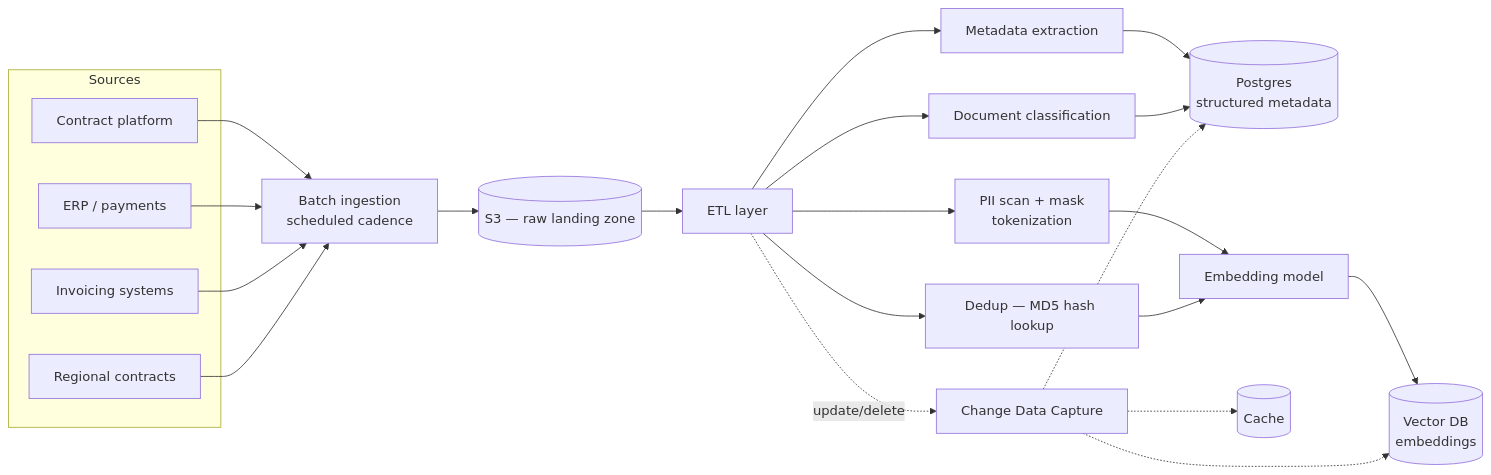
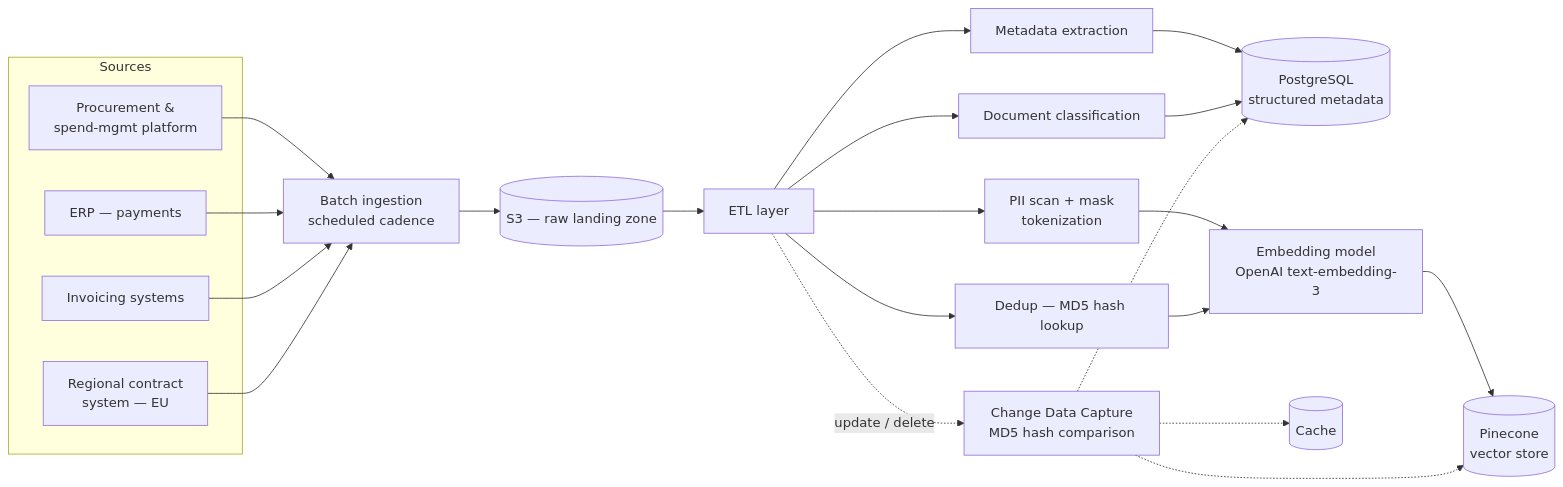
One commit to rajuslaw/rajuslaw changed the first of 2 diagrams in contract-intelligence.md. Above: the diagram before and after it, drawn with Mermaid. The commit also changed other lines of this file and 2 other files, not shown here.

````diff
--- a/contract-intelligence.md
+++ b/contract-intelligence.md
@@ -41,25 +68,25 @@
 ```mermaid
 flowchart LR
     subgraph Sources
-        A1[Contract platform]
-        A2[ERP / payments]
+        A1[Procurement &<br/>spend-mgmt platform]
+        A2[ERP — payments]
         A3[Invoicing systems]
-        A4[Regional contracts]
+        A4[Regional contract<br/>system — EU]
     end
     A1 & A2 & A3 & A4 --> B[Batch ingestion<br/>scheduled cadence]
     B --> C[(S3 — raw landing zone)]
     C --> D[ETL layer]
     D --> D1[Metadata extraction]
     D --> D2[PII scan + mask<br/>tokenization]
     D --> D3[Document classification]
     D --> D4[Dedup — MD5 hash lookup]
-    D1 --> E[(Postgres<br/>structured metadata)]
-    D2 --> F[Embedding model]
+    D1 --> E[(PostgreSQL<br/>structured metadata)]
+    D2 --> F[Embedding model<br/>OpenAI text-embedding-3]
     D3 --> E
     D4 --> F
-    F --> G[(Vector DB<br/>embeddings)]
-    D -.->|update/delete| H[Change Data Capture]
+    F --> G[(Pinecone<br/>vector store)]
+    D -.->|update / delete| H[Change Data Capture<br/>MD5 hash comparison]
     H -.-> G
     H -.-> E
     H -.-> I[(Cache)]
 ```
````
